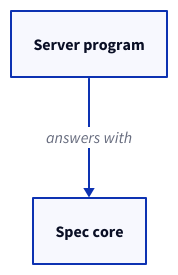
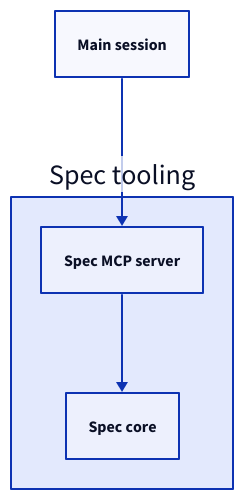
The second of 2 diagrams in specs/concorde/spec-tooling/spec-mcp/module.md (FTOD/concorde), drawn with D2 before and after one commit. The commit also changed other lines of this file and 13 other files, not shown here.

First line of the commit message:
Let a Module's own title name the Module in its own diagrams

````diff
--- a/specs/concorde/spec-tooling/spec-mcp/module.md
+++ b/specs/concorde/spec-tooling/spec-mcp/module.md
@@ -107,5 +111,9 @@
 ```d2
-server: Server program
-core: Spec core
-server -> core: answers with
+tooling: Spec tooling {
+  mcp: Spec MCP server
+  core: Spec core
+  mcp -> core
+}
+session: Main session
+session -> tooling.mcp
 ```
````
